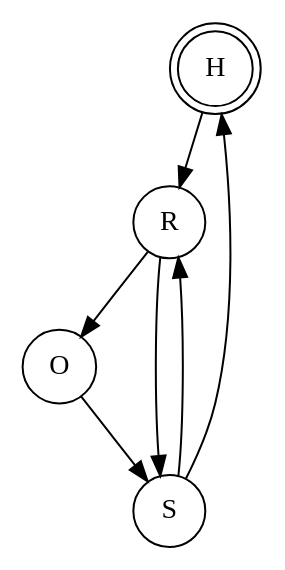
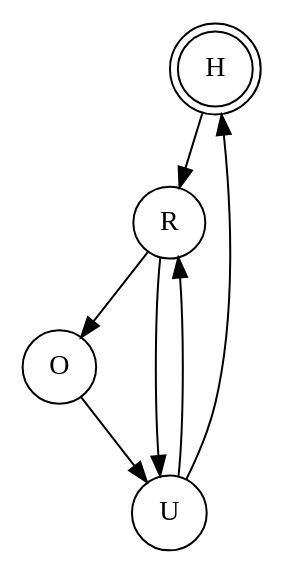
One commit to sunlixin-conac/opendnssec-workflow-test changed the diagram in home/yuri/enforcer_model/doc/transition_rules/states.dot. Above: the diagram before and after it, drawn with Graphviz. The commit also changed 4 other files, not shown here.

```diff
--- a/home/yuri/enforcer_model/doc/transition_rules/states.dot
+++ b/home/yuri/enforcer_model/doc/transition_rules/states.dot
@@ -1,14 +1,14 @@
 digraph {
     node [shape = doublecircle]; H;
     node [shape = circle];
 
     H->R;
     R->O;
-    O->S;
-    S->H;
+    O->U;
+    U->H;
 
- //   O->F->S
+ //   O->F->U
 
-    R->S// [ style = "dotted" ];
-    S->R// [ style = "dotted" ];
+    R->U// [ style = "dotted" ];
+    U->R// [ style = "dotted" ];
 }
```
